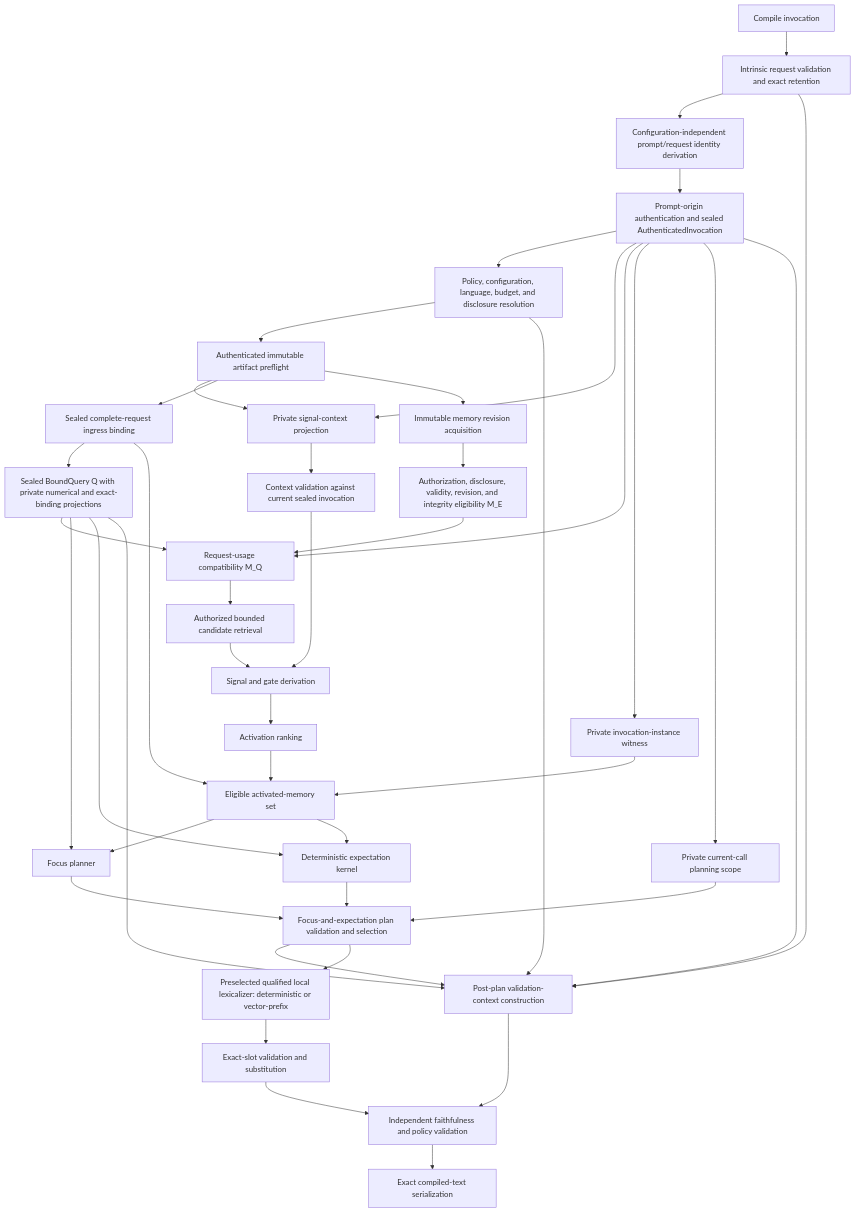
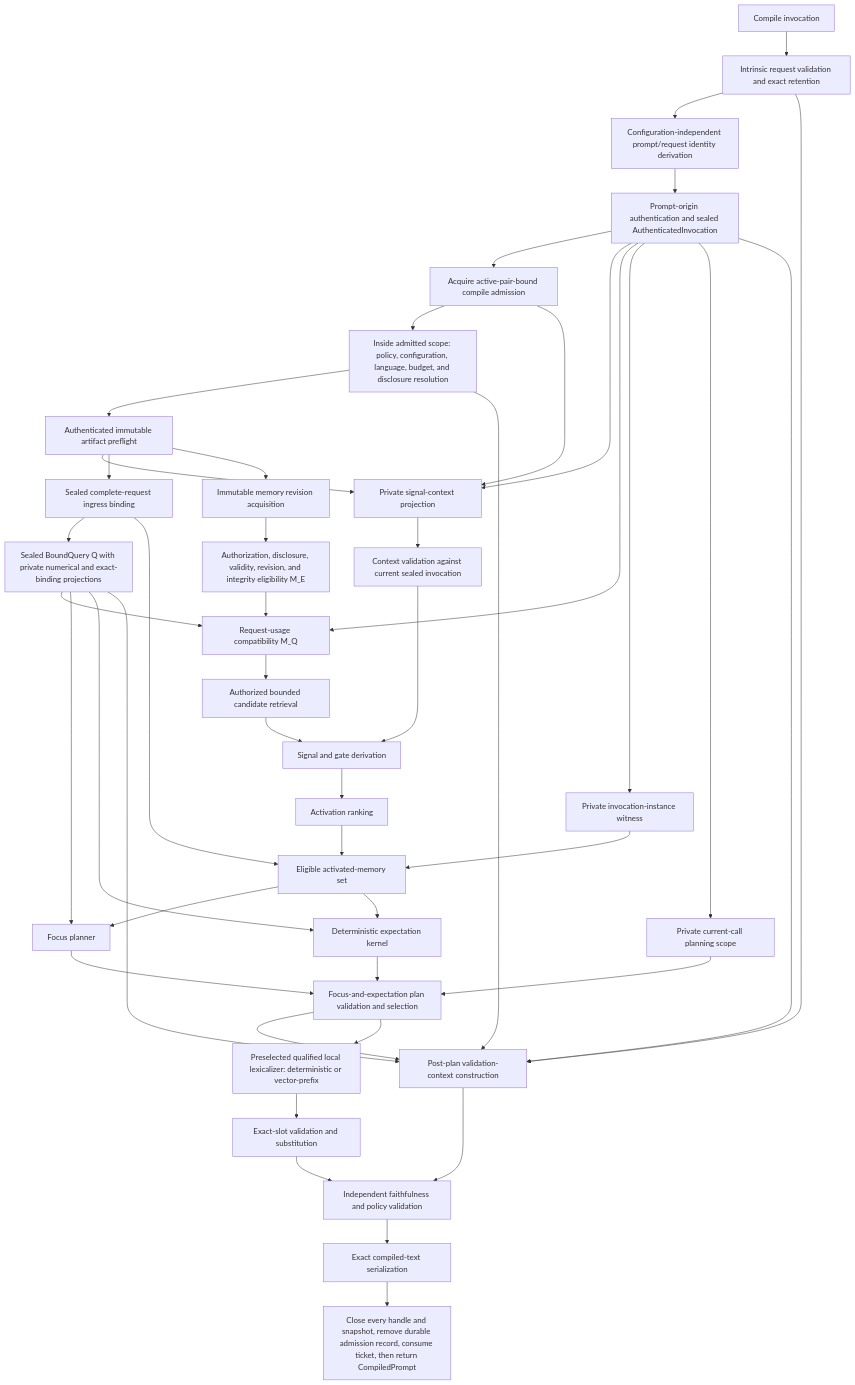
One commit to Lamentis-operating-systems/nemosyne changed the first of 8 diagrams in docs/specifications/v1-reference-architecture.md. Above: the diagram before and after it, drawn with Mermaid. The commit also changed other lines of this file and 30 other files, not shown here.

````diff
--- a/docs/specifications/v1-reference-architecture.md
+++ b/docs/specifications/v1-reference-architecture.md
@@ -59,44 +59,47 @@
 ```mermaid
 flowchart TD
     IV["Compile invocation"] --> IR["Intrinsic request validation and exact retention"]
     IR --> ID["Configuration-independent prompt/request identity derivation"]
     ID --> AU["Prompt-origin authentication and sealed AuthenticatedInvocation"]
-    AU --> RC["Policy, configuration, language, budget, and disclosure resolution"]
+    AU --> CA["Acquire active-pair-bound compile admission"]
+    CA --> RC["Inside admitted scope: policy, configuration, language, budget, and disclosure resolution"]
     RC --> AP["Authenticated immutable artifact preflight"]
     AU --> SC["Private signal-context projection"]
+    CA --> SC
     AP --> SC
     AP --> IB["Sealed complete-request ingress binding"]
     IB --> Q["Sealed BoundQuery Q with private numerical and exact-binding projections"]
     AP --> MR["Immutable memory revision acquisition"]
     MR --> ME["Authorization, disclosure, validity, revision, and integrity eligibility M_E"]
     ME --> MQ["Request-usage compatibility M_Q"]
     Q --> MQ
     AU --> MQ
     MQ --> RET["Authorized bounded candidate retrieval"]
     RET --> SIG["Signal and gate derivation"]
     SC --> SV["Context validation against current sealed invocation"]
     SV --> SIG
     SIG --> ACT["Activation ranking"]
     AU --> IW["Private invocation-instance witness"]
     AU --> PS["Private current-call planning scope"]
     ACT --> SH["Eligible activated-memory set"]
     IB --> SH
     IW --> SH
     Q --> FOC["Focus planner"]
     SH --> FOC
     Q --> EXP["Deterministic expectation kernel"]
     SH --> EXP
     FOC --> PLN["Focus-and-expectation plan validation and selection"]
     EXP --> PLN
     PS --> PLN
     PLN --> VCTX["Post-plan validation-context construction"]
     AU --> VCTX
     IR --> VCTX
     Q --> VCTX
     RC --> VCTX
     PLN --> LEX["Preselected qualified local lexicalizer: deterministic or vector-prefix"]
     LEX --> SLOT["Exact-slot validation and substitution"]
     SLOT --> VAL["Independent faithfulness and policy validation"]
     VCTX --> VAL
     VAL --> OUT["Exact compiled-text serialization"]
+    OUT --> CLOSE["Close every handle and snapshot, remove durable admission record, consume ticket, then return CompiledPrompt"]
 ```
````
